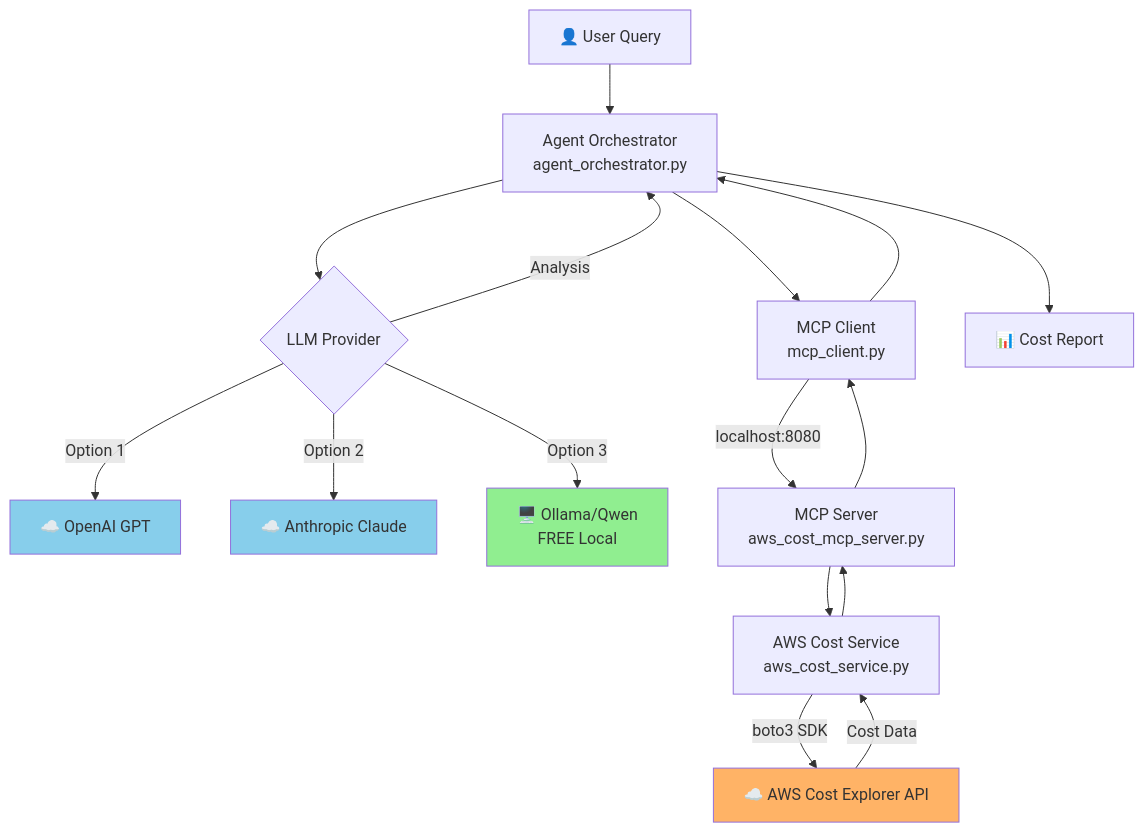
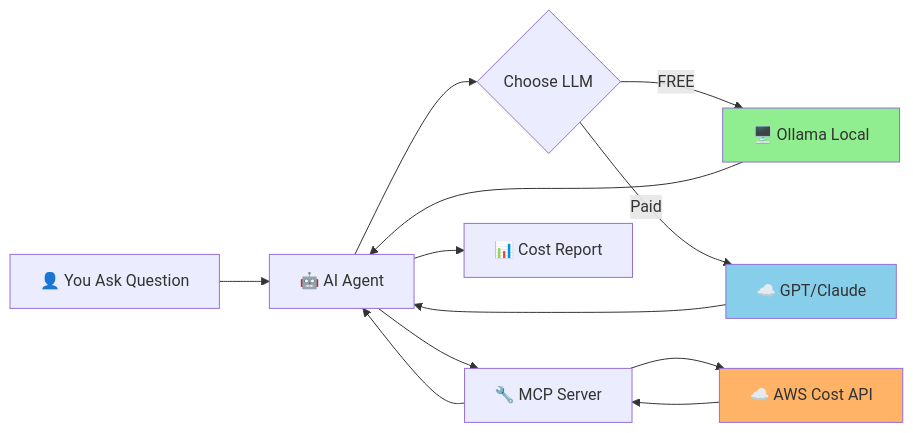
Before and after one commit to suresh-subramanian2013/AWS-Cost-Optimization-Agent-using-MCP-Ollama-Local-Claude-Cloud: the diagram in README.md, drawn with Mermaid. The commit also changed other lines of this file, not shown here.

````diff
--- a/README.md
+++ b/README.md
@@ -29,25 +66,18 @@
 ```mermaid
-graph TB
-    User[👤 User Query] --> Agent[Agent Orchestrator<br/>agent_orchestrator.py]
-    Agent --> LLM{LLM Provider}
-    LLM --> |Option 1| OpenAI[☁️ OpenAI GPT]
-    LLM --> |Option 2| Claude[☁️ Anthropic Claude]
-    LLM --> |Option 3| Ollama[🖥️ Ollama/Qwen<br/>FREE Local]
+graph LR
+    A[👤 You Ask Question] --> B[🤖 AI Agent]
+    B --> C{Choose LLM}
+    C -->|FREE| D[🖥️ Ollama Local]
+    C -->|Paid| E[☁️ GPT/Claude]
+    B --> F[🔧 MCP Server]
+    F --> G[☁️ AWS Cost API]
+    G --> F
+    F --> B
+    D --> B
+    E --> B
+    B --> H[📊 Cost Report]
     
-    Agent --> MCPClient[MCP Client<br/>mcp_client.py]
-    MCPClient --> |localhost:8080| MCPServer[MCP Server<br/>aws_cost_mcp_server.py]
-    MCPServer --> AWSService[AWS Cost Service<br/>aws_cost_service.py]
-    AWSService --> |boto3 SDK| AWSCloud[☁️ AWS Cost Explorer API]
-    
-    AWSCloud --> |Cost Data| AWSService
-    AWSService --> MCPServer
-    MCPServer --> MCPClient
-    MCPClient --> Agent
-    LLM --> |Analysis| Agent
-    Agent --> Response[📊 Cost Report]
-    
-    style Ollama fill:#90EE90
-    style OpenAI fill:#87CEEB
-    style Claude fill:#87CEEB
-    style AWSCloud fill:#FFB366
+    style D fill:#90EE90
+    style E fill:#87CEEB
+    style G fill:#FFB366
 ```
````
